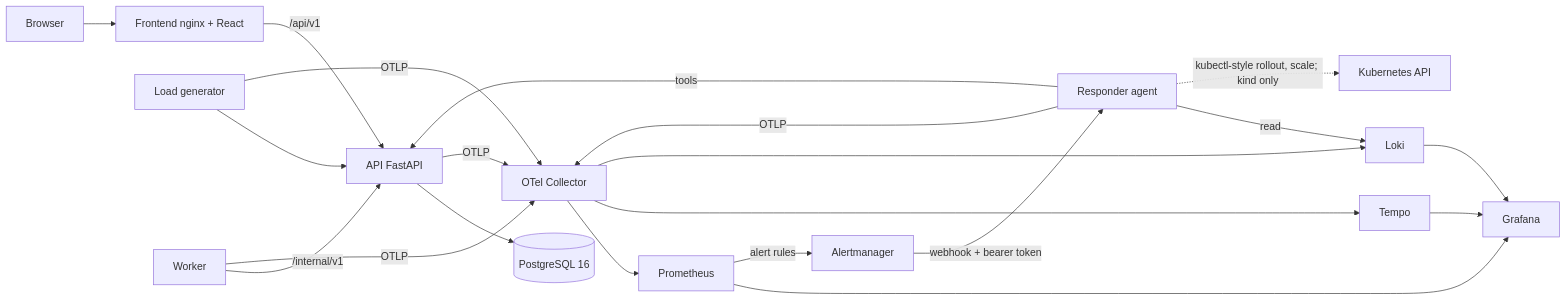
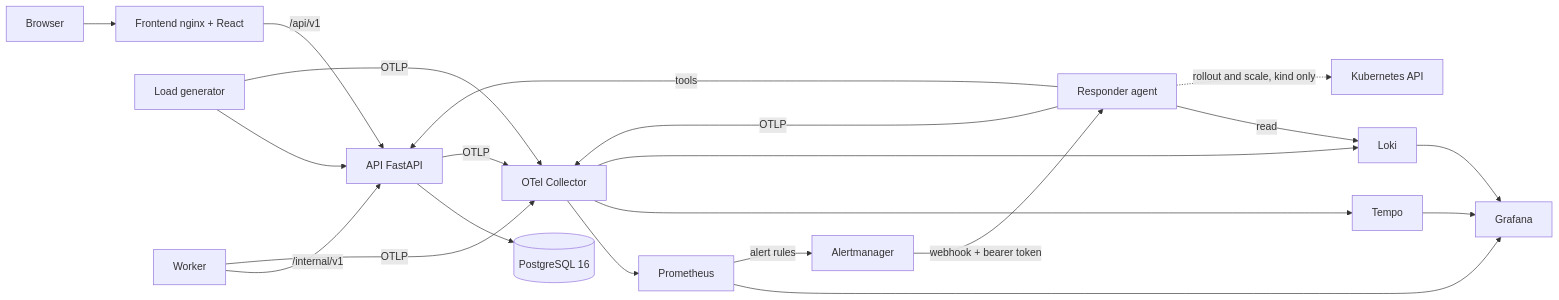
Before and after one commit to coalesce8/ai-dev-tools-zoomcamp-project1: the diagram in README.md, drawn with Mermaid.

Commit message:
README: remove semicolon from Mermaid edge label

````diff
--- a/README.md
+++ b/README.md
@@ -74,20 +74,20 @@
 ```mermaid
 flowchart LR
   Browser --> FE[Frontend nginx + React]
   FE -->|/api/v1| API[API FastAPI]
   LG[Load generator] --> API
   W[Worker] -->|/internal/v1| API
   API --> PG[(PostgreSQL 16)]
   API & W & LG & AG[Responder agent] -->|OTLP| OC[OTel Collector]
   OC --> PR[Prometheus]
   OC --> TE[Tempo]
   OC --> LO[Loki]
   PR --> GR[Grafana]
   TE --> GR
   LO --> GR
   PR -->|alert rules| AM[Alertmanager]
   AM -->|webhook + bearer token| AG
   AG -->|tools| API
   AG -->|read| LO
-  AG -.->|kubectl-style rollout, scale; kind only| K8S[Kubernetes API]
+  AG -.->|rollout and scale, kind only| K8S[Kubernetes API]
 ```
````
